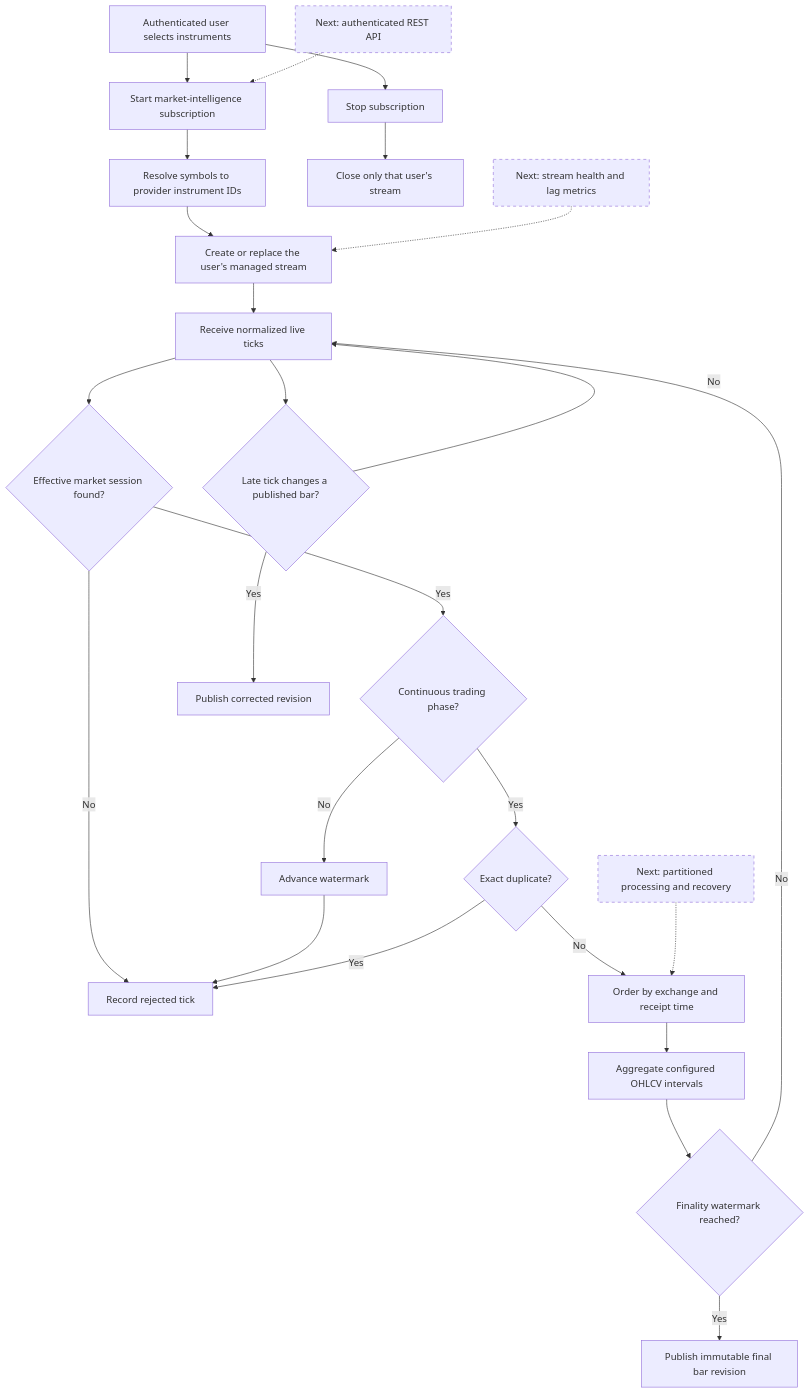
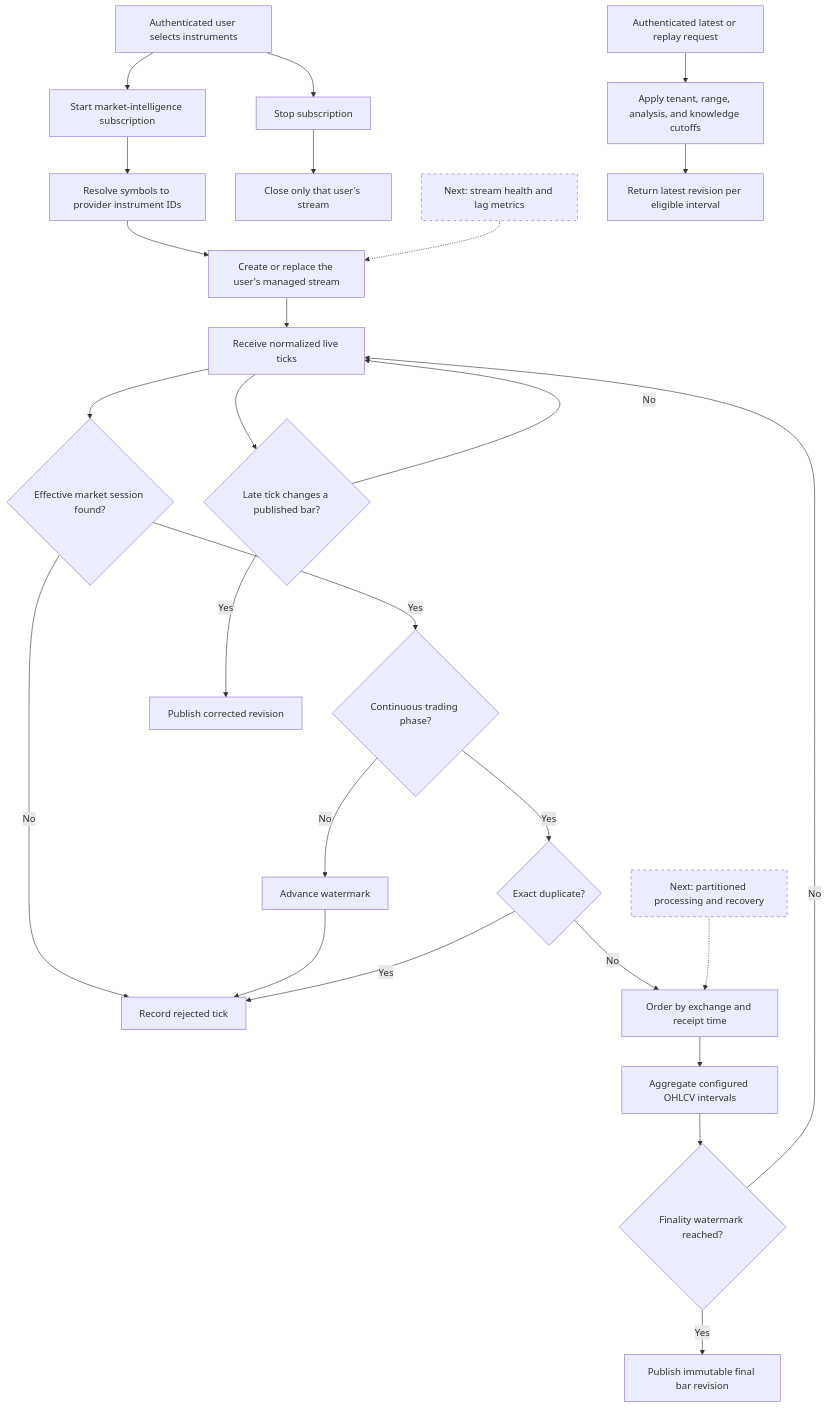
Before and after one commit to satyapp/predictiveEdge: the fourth of 10 diagrams in docs/architecture/core-ai/market-intelligence-user-flows-and-sequences.md, drawn with Mermaid. The commit also changed other lines of this file and 29 other files, not shown here.

First line of the commit message:
point-in-time market-bar read and replay API committed

````diff
--- a/docs/architecture/core-ai/market-intelligence-user-flows-and-sequences.md
+++ b/docs/architecture/core-ai/market-intelligence-user-flows-and-sequences.md
@@ -86,31 +84,32 @@
 ```mermaid
 flowchart TD
     U["Authenticated user selects instruments"] --> S["Start market-intelligence subscription"]
     S --> R["Resolve symbols to provider instrument IDs"]
     R --> M["Create or replace the user's managed stream"]
     M --> T["Receive normalized live ticks"]
     T --> C{"Effective market session found?"}
     C -- "No" --> RJ["Record rejected tick"]
     C -- "Yes" --> P{"Continuous trading phase?"}
     P -- "No" --> W["Advance watermark"]
     W --> RJ
     P -- "Yes" --> D{"Exact duplicate?"}
     D -- "Yes" --> RJ
     D -- "No" --> O["Order by exchange and receipt time"]
     O --> B["Aggregate configured OHLCV intervals"]
     B --> F{"Finality watermark reached?"}
     F -- "No" --> T
     F -- "Yes" --> PB["Publish immutable final bar revision"]
     T --> L{"Late tick changes a published bar?"}
     L -- "Yes" --> CR["Publish corrected revision"]
     L -- "No" --> T
     U --> X["Stop subscription"]
     X --> CL["Close only that user's stream"]
 
-    N1["Next: authenticated REST API"] -.-> S
     N2["Next: stream health and lag metrics"] -.-> M
     N3["Next: partitioned processing and recovery"] -.-> O
+    Q["Authenticated latest or replay request"] --> QC["Apply tenant, range, analysis, and knowledge cutoffs"]
+    QC --> QP["Return latest revision per eligible interval"]
 
     classDef next stroke-dasharray: 5 5;
-    class N1,N2,N3 next;
+    class N2,N3 next;
 ```
````
